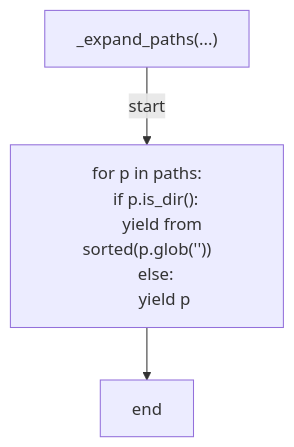
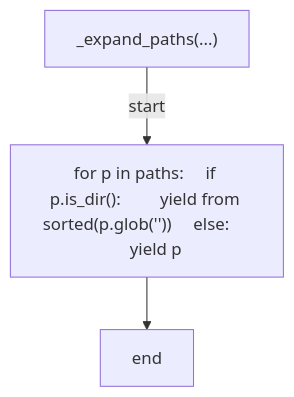
Before and after one commit to tvna/claude-md: the fifth of 25 diagrams in docs/generated/scripts/ast/analyze_ci_timings.md, drawn with Mermaid. The commit also changed other lines of this file and 20 other files, not shown here.

First line of the commit message:
docs(generated): regenerate decision tree and workflow diagrams (batch 1/5)

````diff
--- a/docs/generated/scripts/ast/analyze_ci_timings.md
+++ b/docs/generated/scripts/ast/analyze_ci_timings.md
@@ -107,12 +107,8 @@
 ```mermaid
 flowchart TD
     N001["_expand_paths(...)"]
-    N002["for p in paths:
-    if p.is_dir():
-        yield from sorted(p.glob('<str>'))
-    else:
-        yield p"]
+    N002["for p in paths:     if p.is_dir():         yield from sorted(p.glob('<str>'))     else:         yield p"]
     N003["end"]
     N001 -->|"start"| N002
     N002 --> N003
 ```
````
